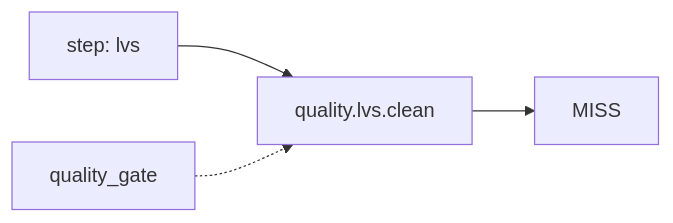
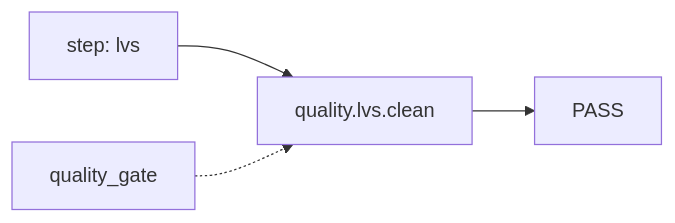
Diagram 12 of 56 in .github/signoff-board/signoff-kanban.md (openecos-projects/ecc), drawn with Mermaid before and after one commit. The commit also changed other lines of this file and 1 other file, not shown here.

````diff
--- a/.github/signoff-board/signoff-kanban.md
+++ b/.github/signoff-board/signoff-kanban.md
@@ -405,6 +415,6 @@
 ```mermaid
 flowchart LR
   step_quality_lvs_clean["step: lvs"] --> metric_quality_lvs_clean["quality.lvs.clean"]
-  metric_quality_lvs_clean --> state_quality_lvs_clean["MISS"]
+  metric_quality_lvs_clean --> state_quality_lvs_clean["PASS"]
   cat_quality_lvs_clean["quality_gate"] -.-> metric_quality_lvs_clean
 ```
````
